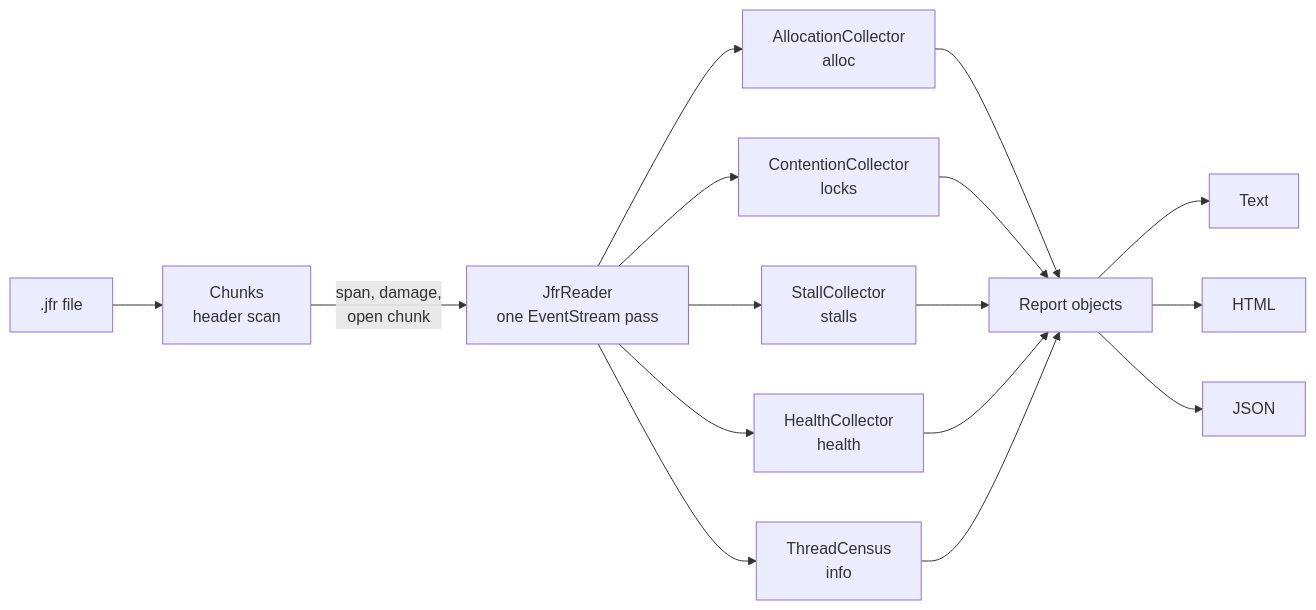
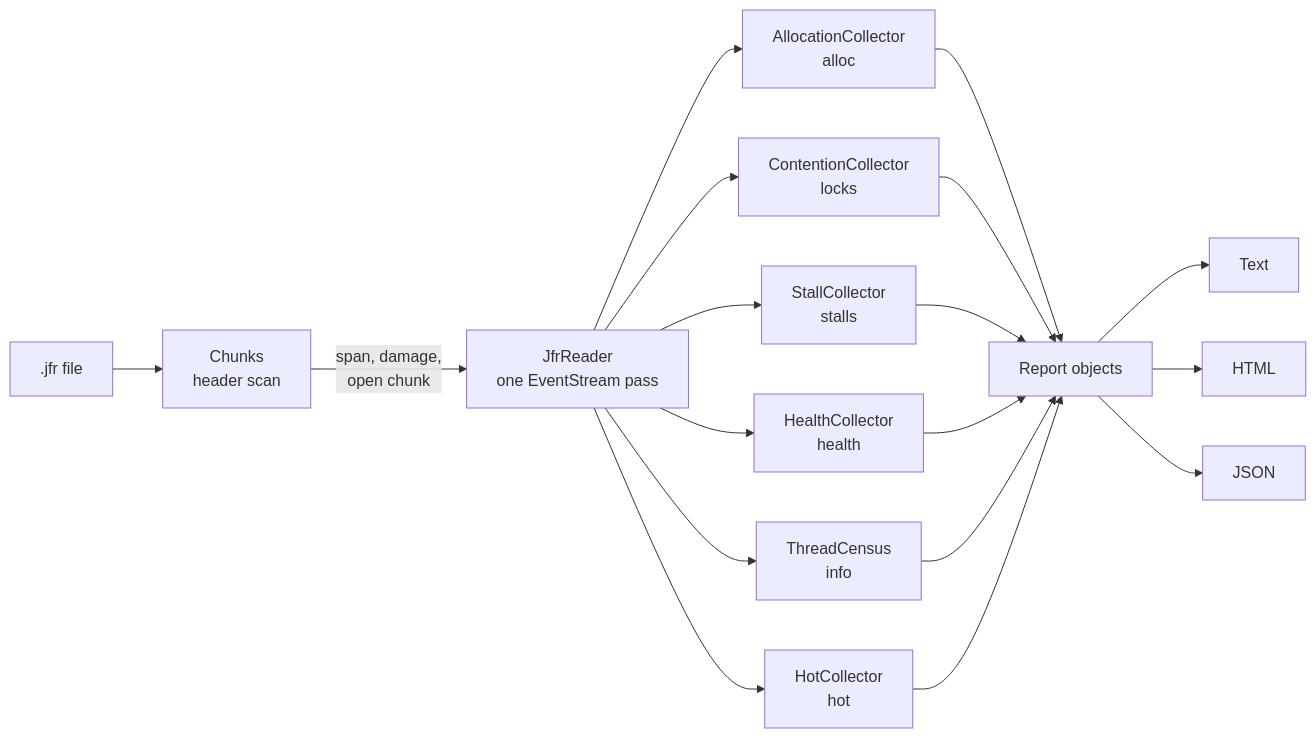
The first of 2 diagrams in docs/design/README.md (marregui/jfrq), drawn with Mermaid before and after one commit. The commit also changed other lines of this file and 17 other files, not shown here.

Commit message:
jfrq hot: CPU samples by thread family, site and the code below it, leaf methods, timeline (J1, J2) (#22)

````diff
--- a/docs/design/README.md
+++ b/docs/design/README.md
@@ -26,18 +26,20 @@
 ```mermaid
 flowchart LR
     F[".jfr file"] --> C["Chunks<br/>header scan"]
     C -->|"span, damage,<br/>open chunk"| R["JfrReader<br/>one EventStream pass"]
     R --> A["AllocationCollector<br/>alloc"]
     R --> L["ContentionCollector<br/>locks"]
     R --> S["StallCollector<br/>stalls"]
     R --> H["HealthCollector<br/>health"]
     R --> T["ThreadCensus<br/>info"]
+    R --> P["HotCollector<br/>hot"]
     A --> M["Report objects"]
     L --> M
     S --> M
     H --> M
     T --> M
+    P --> M
     M --> TX["Text"]
     M --> HT["HTML"]
     M --> J["JSON"]
 ```
````
